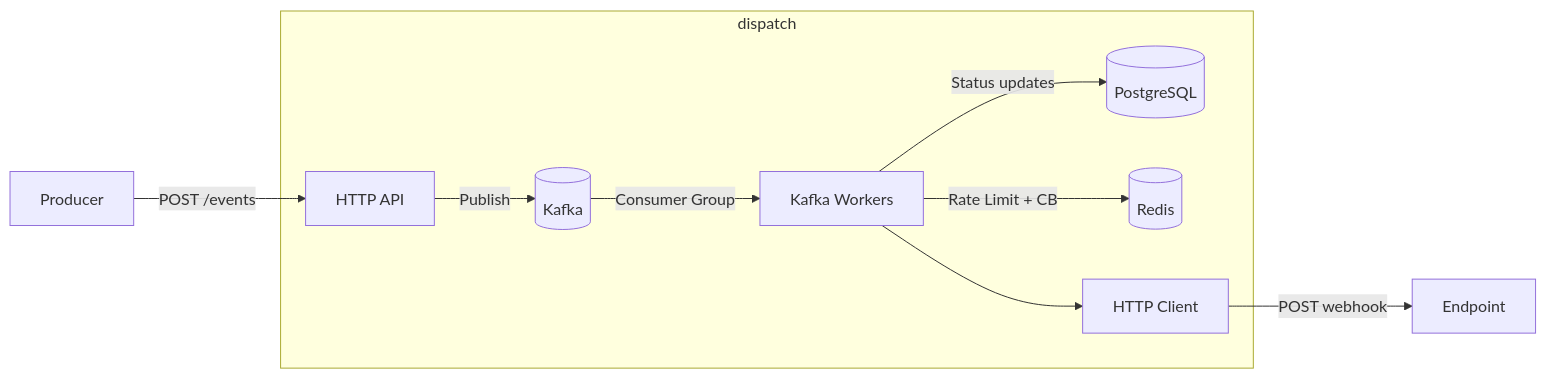
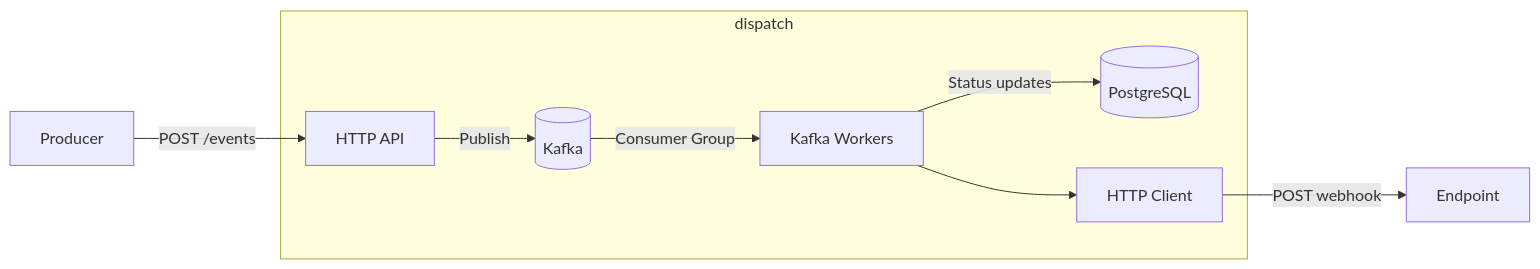
Before and after one commit to felipepmaragno/webhook-service: the first of 2 diagrams in README.md, drawn with Mermaid. The commit also changed other lines of this file and 21 other files, not shown here.

````diff
--- a/README.md
+++ b/README.md
@@ -228,19 +222,17 @@
 ```mermaid
 flowchart LR
     subgraph dispatch
         API[HTTP API]
         Kafka[(Kafka)]
         Workers[Kafka Workers]
         DB[(PostgreSQL)]
-        Redis[(Redis)]
         Client[HTTP Client]
     end
 
     Producer -->|POST /events| API
     API -->|Publish| Kafka
     Kafka -->|Consumer Group| Workers
-    Workers -->|Rate Limit + CB| Redis
     Workers --> Client
     Client -->|POST webhook| Endpoint
     Workers -->|Status updates| DB
 ```
````
